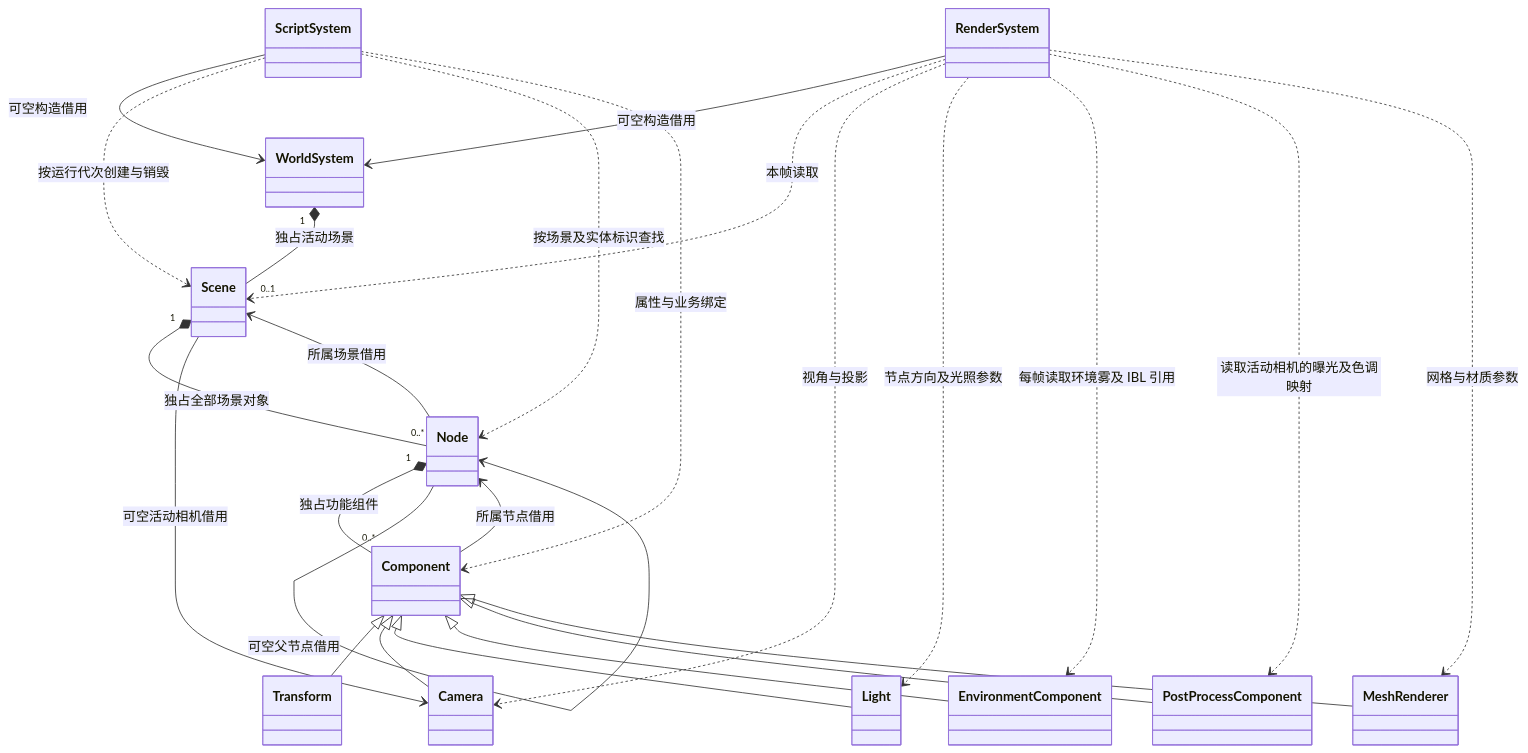
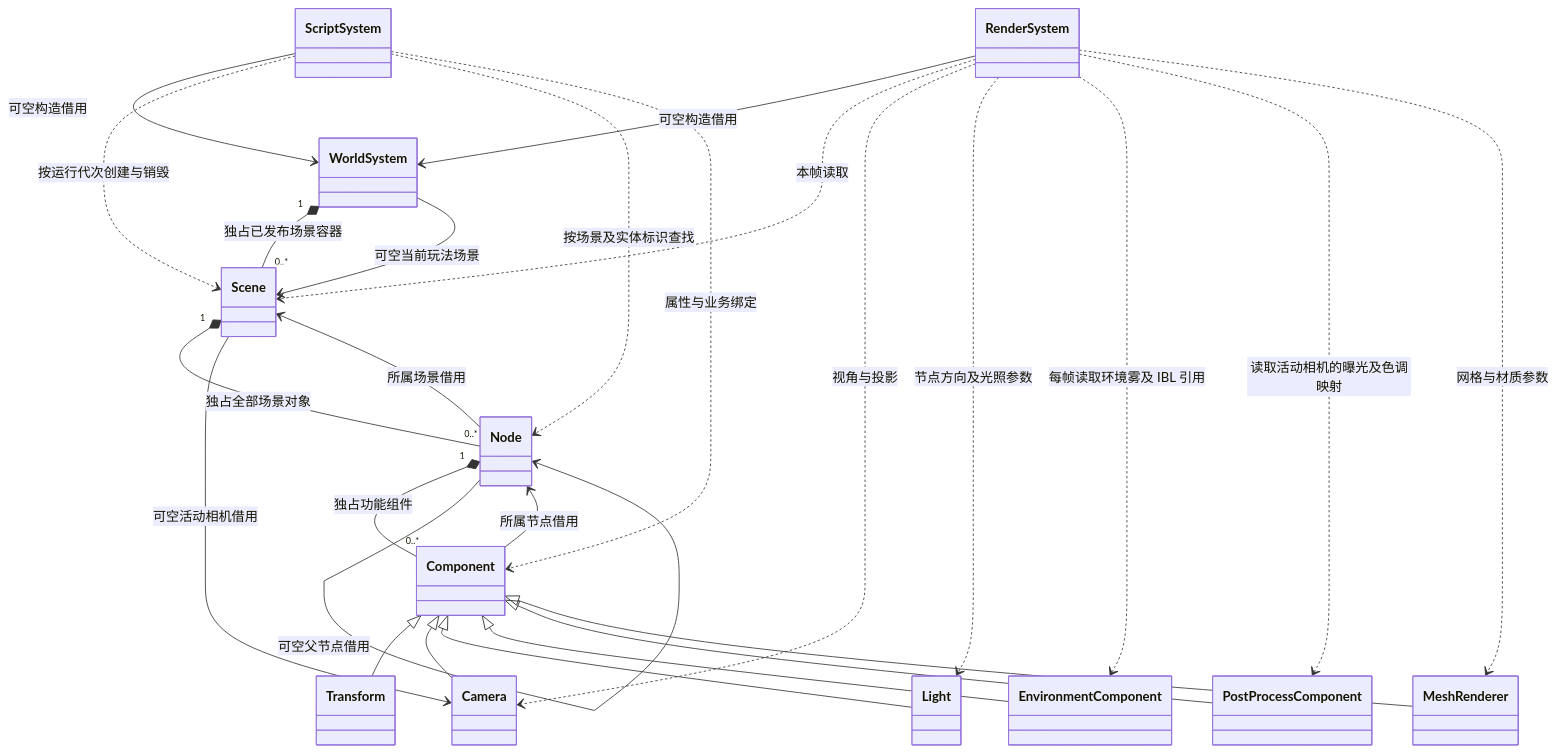
Before and after one commit to lcals/Engine: the seventh of 36 diagrams in docs/class-diagrams/references.md, drawn with Mermaid. The commit also changed other lines of this file and 98 other files, not shown here.

````diff
--- a/docs/class-diagrams/references.md
+++ b/docs/class-diagrams/references.md
@@ -203,39 +203,40 @@
 ```mermaid
 classDiagram
     class WorldSystem
     class Scene
     class Node
     class Component
     class Transform
     class Camera
     class Light
     class EnvironmentComponent
     class PostProcessComponent
     class MeshRenderer
     class ScriptSystem
     class RenderSystem
-    WorldSystem "1" *-- "0..1" Scene : 独占活动场景
+    WorldSystem "1" *-- "0..*" Scene : 独占已发布场景容器
+    WorldSystem --> Scene : 可空当前玩法场景
     Scene "1" *-- "0..*" Node : 独占全部场景对象
     Node "1" *-- "0..*" Component : 独占功能组件
     Node --> Scene : 所属场景借用
     Node --> Node : 可空父节点借用
     Component --> Node : 所属节点借用
     Component <|-- Transform
     Component <|-- Camera
     Component <|-- Light
     Component <|-- EnvironmentComponent
     Component <|-- PostProcessComponent
     Component <|-- MeshRenderer
     Scene --> Camera : 可空活动相机借用
     ScriptSystem --> WorldSystem : 可空构造借用
     ScriptSystem ..> Scene : 按运行代次创建与销毁
     ScriptSystem ..> Node : 按场景及实体标识查找
     ScriptSystem ..> Component : 属性与业务绑定
     RenderSystem --> WorldSystem : 可空构造借用
     RenderSystem ..> Scene : 本帧读取
     RenderSystem ..> Camera : 视角与投影
     RenderSystem ..> Light : 节点方向及光照参数
     RenderSystem ..> EnvironmentComponent : 每帧读取环境雾及 IBL 引用
     RenderSystem ..> PostProcessComponent : 读取活动相机的曝光及色调映射
     RenderSystem ..> MeshRenderer : 网格与材质参数
 ```
````
